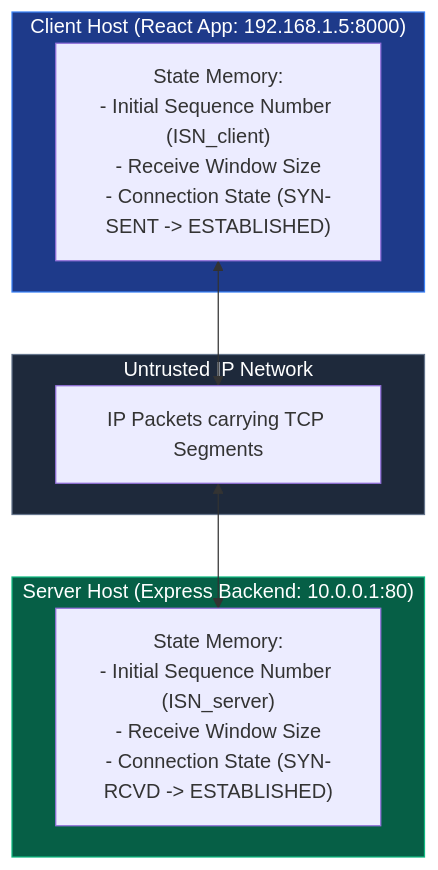
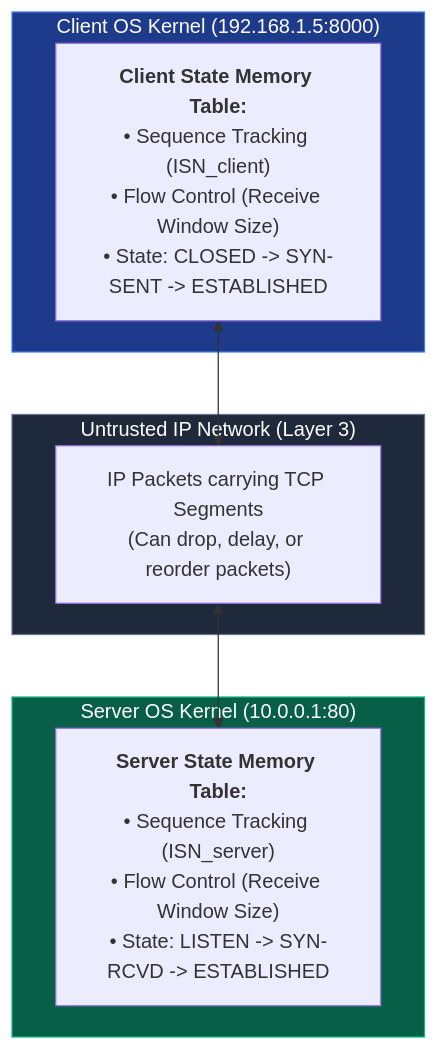
The first of 3 diagrams in content/posts/networking/ch16-tcp-three-way-handshake.mdx (ayuslharora/blog-ayuslh), drawn with Mermaid before and after one commit. The commit also changed other lines of this file, not shown here.

Commit message:
Update explanation in connection requirements section

````diff
--- a/content/posts/networking/ch16-tcp-three-way-handshake.mdx
+++ b/content/posts/networking/ch16-tcp-three-way-handshake.mdx
@@ -25,20 +30,20 @@
 ```mermaid
 flowchart TD
-    subgraph ClientHost ["Client Host (React App: 192.168.1.5:8000)"]
-        ClientState["State Memory:<br/>- Initial Sequence Number (ISN_client)<br/>- Receive Window Size<br/>- Connection State (SYN-SENT -> ESTABLISHED)"]
+    subgraph ClientHost ["Client OS Kernel (192.168.1.5:8000)"]
+        ClientState["<b>Client State Memory Table:</b><br/>• Sequence Tracking (ISN_client)<br/>• Flow Control (Receive Window Size)<br/>• State: CLOSED -> SYN-SENT -> ESTABLISHED"]
     end
 
-    subgraph NetworkWire ["Untrusted IP Network"]
-        Wire["IP Packets carrying TCP Segments"]
+    subgraph UntrustedNetwork ["Untrusted IP Network (Layer 3)"]
+        Wire["IP Packets carrying TCP Segments<br/>(Can drop, delay, or reorder packets)"]
     end
 
-    subgraph ServerHost ["Server Host (Express Backend: 10.0.0.1:80)"]
-        ServerState["State Memory:<br/>- Initial Sequence Number (ISN_server)<br/>- Receive Window Size<br/>- Connection State (SYN-RCVD -> ESTABLISHED)"]
+    subgraph ServerHost ["Server OS Kernel (10.0.0.1:80)"]
+        ServerState["<b>Server State Memory Table:</b><br/>• Sequence Tracking (ISN_server)<br/>• Flow Control (Receive Window Size)<br/>• State: LISTEN -> SYN-RCVD -> ESTABLISHED"]
     end
 
     ClientState <--> Wire <--> ServerState
 
     style ClientHost fill:#1e3a8a,stroke:#3b82f6,color:#fff
-    style NetworkWire fill:#1e293b,stroke:#64748b,color:#fff
+    style UntrustedNetwork fill:#1e293b,stroke:#64748b,color:#fff
     style ServerHost fill:#065f46,stroke:#10b981,color:#fff
 ```
````
